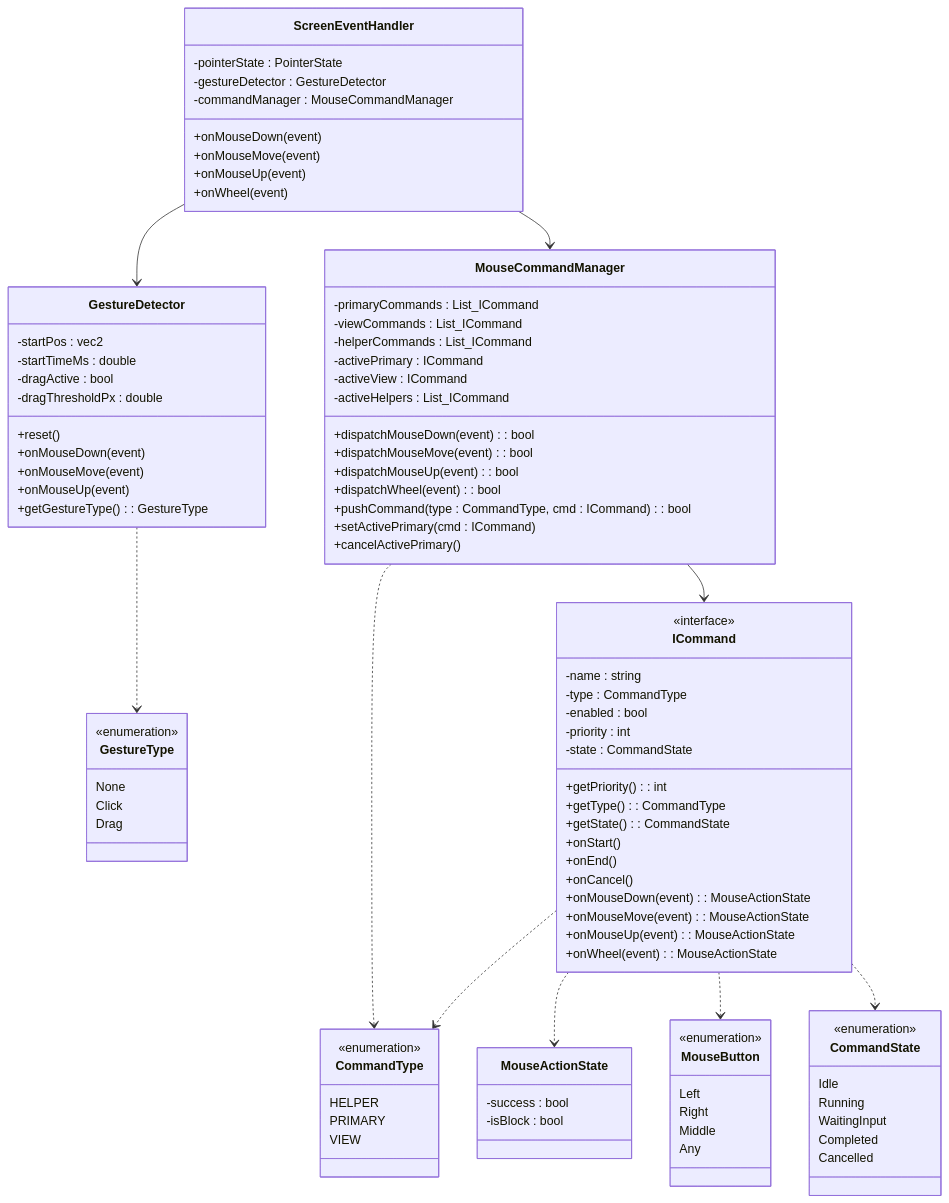
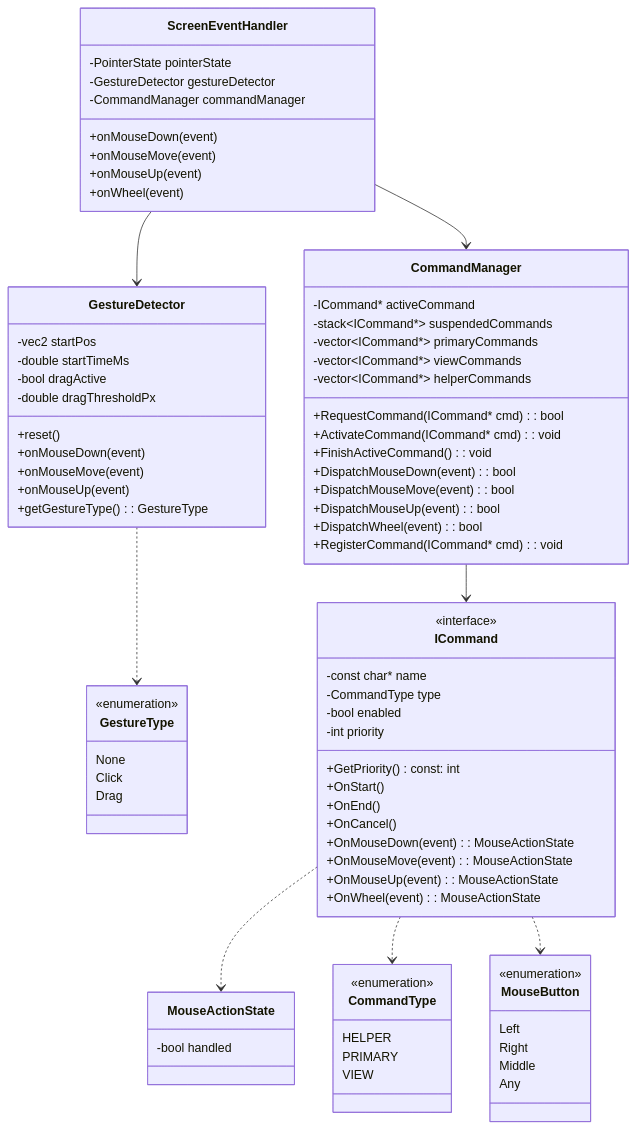
The first of 2 diagrams in GraphV6-ChatGPT.md (vfa-khaidt1/vfa-cdn), drawn with Mermaid before and after one commit.

````diff
--- a/GraphV6-ChatGPT.md
+++ b/GraphV6-ChatGPT.md
@@ -18,28 +18,18 @@
     class CommandType {
         <<enumeration>>
         HELPER
-        PRIMARY
+        PRIMARY 
         VIEW
     }
 
-    class CommandState {
-        <<enumeration>>
-        Idle
-        Running
-        WaitingInput
-        Completed
-        Cancelled
-    }
-
     class MouseActionState {
-        -success : bool
-        -isBlock : bool
+        -bool handled
     }
 
     class ScreenEventHandler {
-        -pointerState : PointerState
-        -gestureDetector : GestureDetector
-        -commandManager : MouseCommandManager
+        -PointerState pointerState
+        -GestureDetector gestureDetector
+        -CommandManager commandManager
         +onMouseDown(event)
         +onMouseMove(event)
         +onMouseUp(event)
@@ -47,61 +37,56 @@
     }
 
     class GestureDetector {
-        -startPos : vec2
-        -startTimeMs : double
-        -dragActive : bool
-        -dragThresholdPx : double
+        -vec2 startPos
+        -double startTimeMs
+        -bool dragActive
+        -double dragThresholdPx
         +reset()
         +onMouseDown(event)
         +onMouseMove(event)
         +onMouseUp(event)
-        +getGestureType() : GestureType
+        +getGestureType(): GestureType
     }
 
     class ICommand {
         <<interface>>
-        -name : string
-        -type : CommandType
-        -enabled : bool
-        -priority : int
-        -state : CommandState
-        +getPriority() : int
-        +getType() : CommandType
-        +getState() : CommandState
-        +onStart()
-        +onEnd()
-        +onCancel()
-        +onMouseDown(event) : MouseActionState
-        +onMouseMove(event) : MouseActionState
-        +onMouseUp(event) : MouseActionState
-        +onWheel(event) : MouseActionState
+        -const char* name
+        -CommandType type
+        -bool enabled
+        -int priority
+        +GetPriority() const: int
+        +OnStart()
+        +OnEnd()
+        +OnCancel()
+        +OnMouseDown(event): MouseActionState
+        +OnMouseMove(event): MouseActionState
+        +OnMouseUp(event): MouseActionState
+        +OnWheel(event): MouseActionState
     }
 
-    class MouseCommandManager {
-        -primaryCommands : List_ICommand
-        -viewCommands : List_ICommand
-        -helperCommands : List_ICommand
-        -activePrimary : ICommand
-        -activeView : ICommand
-        -activeHelpers : List_ICommand
-        +dispatchMouseDown(event) : bool
-        +dispatchMouseMove(event) : bool
-        +dispatchMouseUp(event) : bool
-        +dispatchWheel(event) : bool
-        +pushCommand(type : CommandType, cmd : ICommand) : bool
-        +setActivePrimary(cmd : ICommand)
-        +cancelActivePrimary()
+    class CommandManager {
+        -ICommand* activeCommand
+        -stack~ICommand*~ suspendedCommands
+        -vector~ICommand*~ primaryCommands
+        -vector~ICommand*~ viewCommands
+        -vector~ICommand*~ helperCommands
+
+        +RequestCommand(ICommand* cmd): bool
+        +ActivateCommand(ICommand* cmd): void
+        +FinishActiveCommand(): void
+        +DispatchMouseDown(event): bool
+        +DispatchMouseMove(event): bool
+        +DispatchMouseUp(event): bool
+        +DispatchWheel(event): bool
+        +RegisterCommand(ICommand* cmd): void
     }
 
     ScreenEventHandler --> GestureDetector
-    ScreenEventHandler --> MouseCommandManager
+    ScreenEventHandler --> CommandManager
+    GestureDetector ..> GestureType
 
-    GestureDetector ..> GestureType
-    MouseCommandManager ..> CommandType
-    MouseCommandManager --> ICommand
-
+    CommandManager --> ICommand
     ICommand ..> MouseActionState
     ICommand ..> CommandType
     ICommand ..> MouseButton
-    ICommand ..> CommandState
 ```
````
